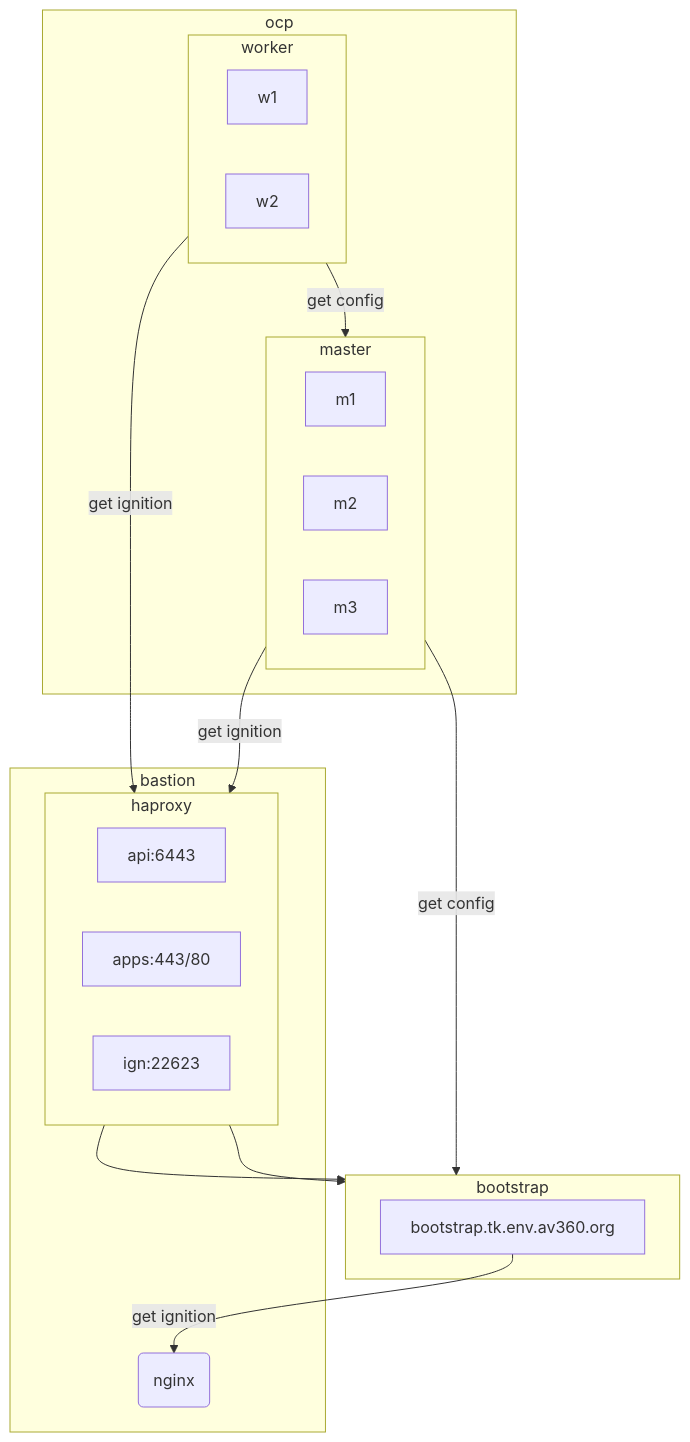
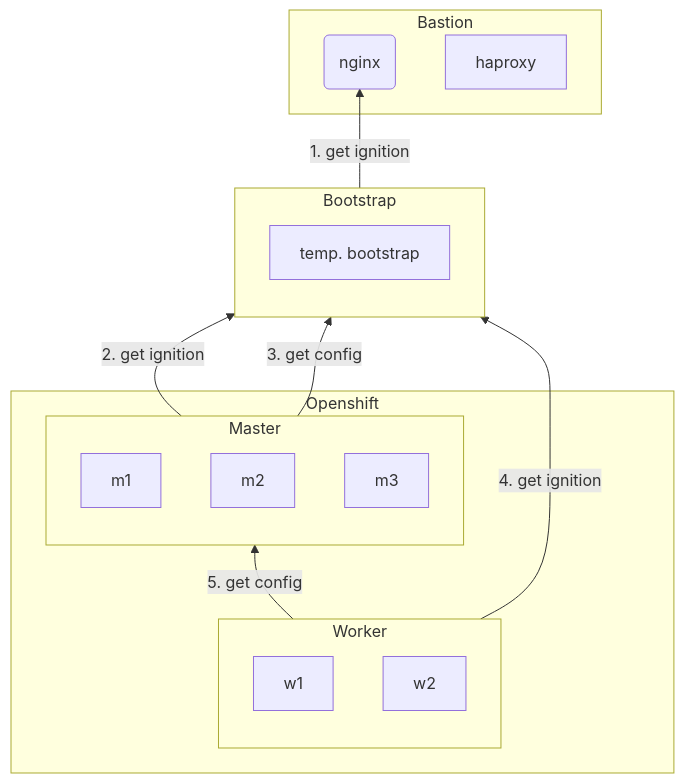
The diagram in README.md (tkops/ocp4), drawn with Mermaid before and after one commit. The commit also changed other lines of this file, not shown here.

````diff
--- a/README.md
+++ b/README.md
@@ -3,29 +4,23 @@
 ```mermaid
-flowchart TD
-    subgraph ocp
-       subgraph master
+flowchart BT
+    subgraph ocp[Openshift]
+       subgraph master[Master]
            m1;m2;m3
         end
-        subgraph worker
+        subgraph worker[Worker]
           w1;w2
         end
     end
-    subgraph bootstrap
-      b1[bootstrap.tk.env.av360.org]
+    subgraph bootstrap[Bootstrap]
+    b1[temp. bootstrap]
     end
-    subgraph bastion
+        subgraph bastion[Bastion]
       n1(nginx)
-      subgraph haproxy
-         h1[api:6443]
-         h2[apps:443/80]
-         h3[ign:22623]
-      end
+      haproxy
     end
-    b1 --get ignition--> n1
-    master --get ignition--> haproxy --> bootstrap
-    master --get config--> bootstrap
-    worker --get ignition--> haproxy --> bootstrap
-    worker --get config--> master
-
-    
+    bootstrap --1. get ignition--> n1
+    master --2. get ignition--> bootstrap
+    master --3. get config--> bootstrap
+    worker --4. get ignition--> bootstrap
+    worker --5. get config--> master
 ```
````
